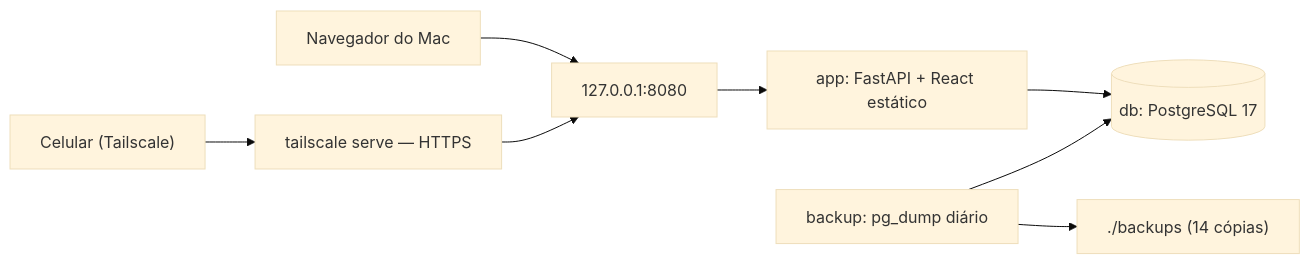
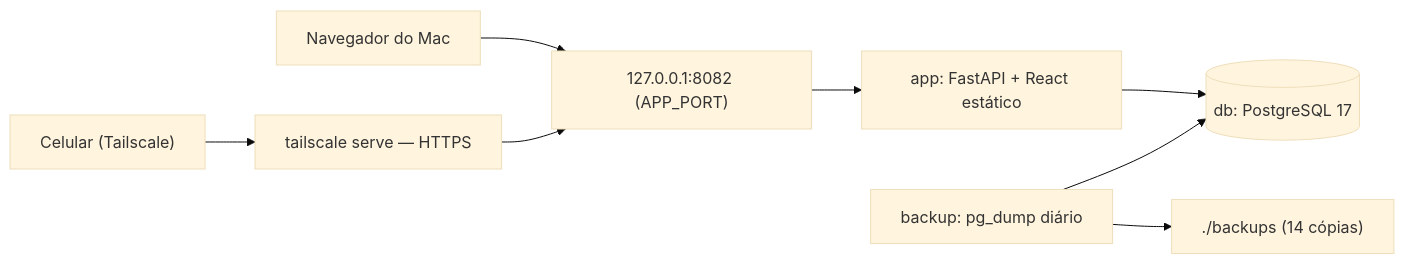
One commit to rubensdimas/cgu2026-estudos changed the first of 2 diagrams in docs/05-arquitetura-e-contratos.md. Above: the diagram before and after it, drawn with Mermaid (base theme). The commit also changed other lines of this file and 4 other files, not shown here.

Commit message:
fix: configure local app port without changing postgres storage

````diff
--- a/docs/05-arquitetura-e-contratos.md
+++ b/docs/05-arquitetura-e-contratos.md
@@ -13,10 +13,10 @@
 ```mermaid
 flowchart LR
-    MAC["Navegador do Mac"] --> L["127.0.0.1:8080"]
+    MAC["Navegador do Mac"] --> L["127.0.0.1:8082 (APP_PORT)"]
     CEL["Celular (Tailscale)"] --> TS["tailscale serve — HTTPS"]
     TS --> L
     L --> APP["app: FastAPI + React estático"]
     APP --> DB[("db: PostgreSQL 17")]
     BK["backup: pg_dump diário"] --> DB
     BK --> DIR["./backups (14 cópias)"]
 ```
````
